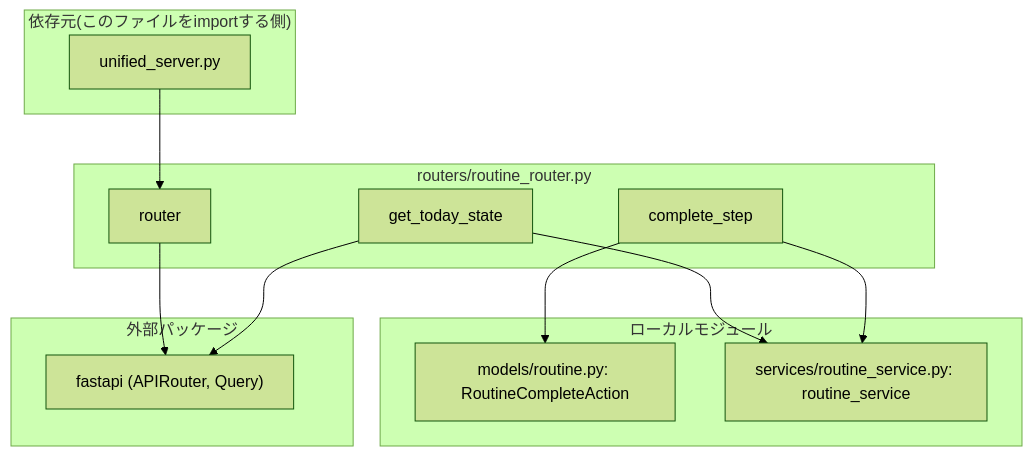
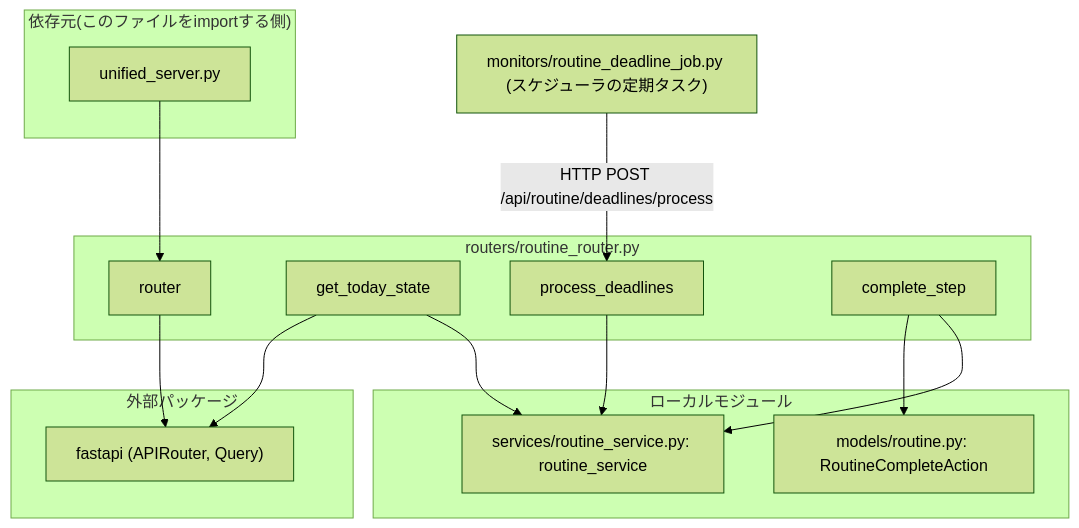
One commit to mmtigers/my_python_project changed the second of 2 diagrams in docs/specifications/MY_HOME_SYSTEM/routine_router.md. Above: the diagram before and after it, drawn with Mermaid (forest theme). The commit also changed other lines of this file and 19 other files, not shown here.

````diff
--- a/docs/specifications/MY_HOME_SYSTEM/routine_router.md
+++ b/docs/specifications/MY_HOME_SYSTEM/routine_router.md
@@ -129,29 +152,32 @@
 ```mermaid
 graph TD
     subgraph "routers/routine_router.py"
         router
         get_today_state
+        process_deadlines
         complete_step
     end
 
     subgraph "ローカルモジュール"
         RoutineCompleteAction["models/routine.py: RoutineCompleteAction"]
         routine_service_mod["services/routine_service.py: routine_service"]
     end
 
     subgraph "外部パッケージ"
         fastapi["fastapi (APIRouter, Query)"]
     end
 
     subgraph "依存元(このファイルをimportする側)"
         unified_server["unified_server.py"]
     end
 
     router --> fastapi
     get_today_state --> fastapi
     get_today_state --> routine_service_mod
+    process_deadlines --> routine_service_mod
     complete_step --> RoutineCompleteAction
     complete_step --> routine_service_mod
 
     unified_server --> router
+    routine_deadline_job["monitors/routine_deadline_job.py (スケジューラの定期タスク)"] -->|"HTTP POST /api/routine/deadlines/process"| process_deadlines
 ```
````
